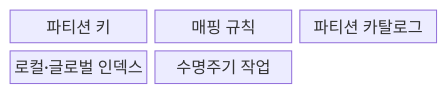
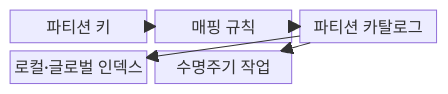
The first of 2 diagrams in src/content/docs/notes/03-software/098_partitioning.md (agnusdei1207/knowledge-base), drawn with Mermaid before and after one commit. The commit also changed other lines of this file and 20 other files, not shown here.

````diff
--- a/src/content/docs/notes/03-software/098_partitioning.md
+++ b/src/content/docs/notes/03-software/098_partitioning.md
@@ -53,9 +59,13 @@
 ```mermaid
 block-beta
   columns 3
   K["파티션 키"]
   M["매핑 규칙"]
   C["파티션 카탈로그"]
   I["로컬·글로벌 인덱스"]
   L["수명주기 작업"]
+  K --> M
+  M --> C
+  C --> I
+  C --> L
 ```
````
